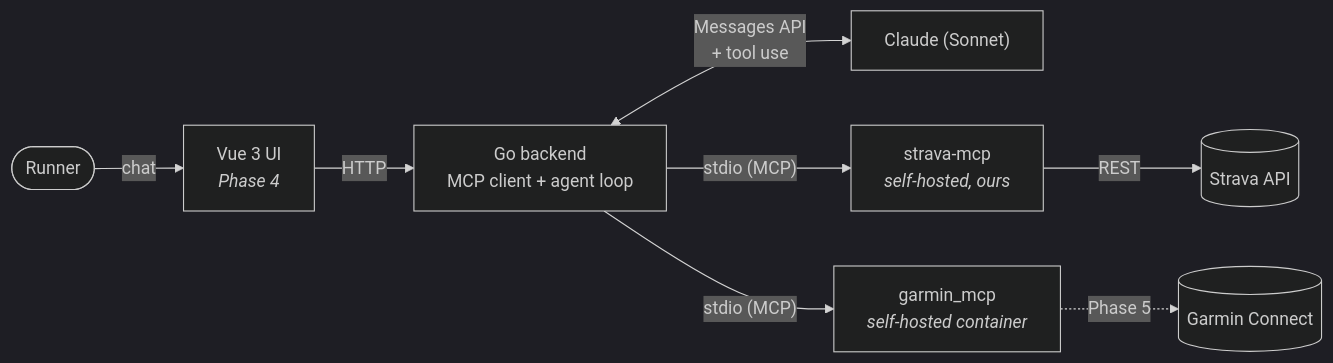
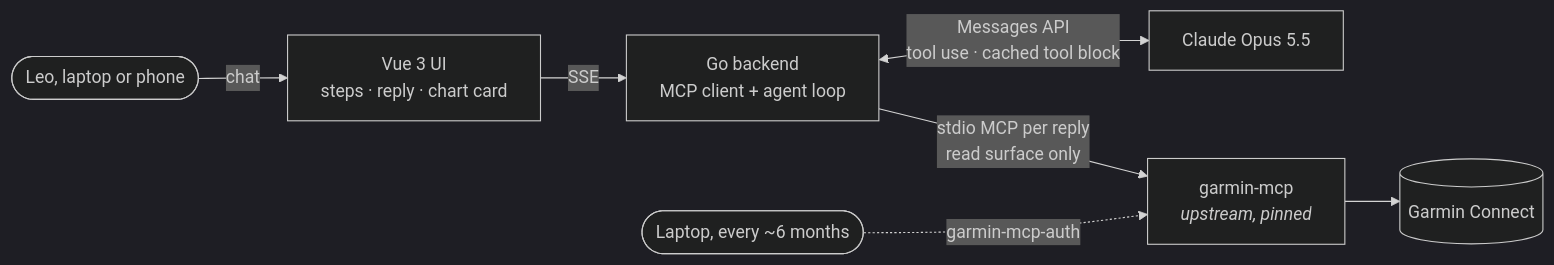
The diagram in README.md (lmagsino/run-coach-ai), drawn with Mermaid (dark theme) before and after one commit. The commit also changed other lines of this file and 14 other files, not shown here.

First line of the commit message:
docs,frontend: Garmin-only copy, labels and walkthrough; README and CLAUDE.md rewritten

````diff
--- a/README.md
+++ b/README.md
@@ -42,10 +33,9 @@
 ```mermaid
 flowchart LR
-    User([Runner]) -->|chat| Vue["Vue 3 UI<br/><i>Phase 4</i>"]
-    Vue -->|HTTP| Go["Go backend<br/>MCP client + agent loop"]
-    Go <-->|"Messages API<br/>+ tool use"| Claude["Claude (Sonnet)"]
-    Go -->|"stdio (MCP)"| SMCP["strava-mcp<br/><i>self-hosted, ours</i>"]
-    Go -->|"stdio (MCP)"| GMCP["garmin_mcp<br/><i>self-hosted container</i>"]
-    SMCP -->|REST| Strava[("Strava API")]
-    GMCP -.->|"Phase 5"| Garmin[("Garmin Connect")]
+    Leo([Leo, laptop or phone]) -->|chat| Vue["Vue 3 UI<br/>steps · reply · chart card"]
+    Vue -->|SSE| Go["Go backend<br/>MCP client + agent loop"]
+    Go <-->|"Messages API<br/>tool use · cached tool block"| Claude["Claude Opus 5.5"]
+    Go -->|"stdio MCP per reply<br/>read surface only"| GMCP["garmin-mcp<br/><i>upstream, pinned</i>"]
+    GMCP --> Garmin[("Garmin Connect")]
+    Laptop([Laptop, every ~6 months]) -. "garmin-mcp-auth" .-> GMCP
 ```
````
